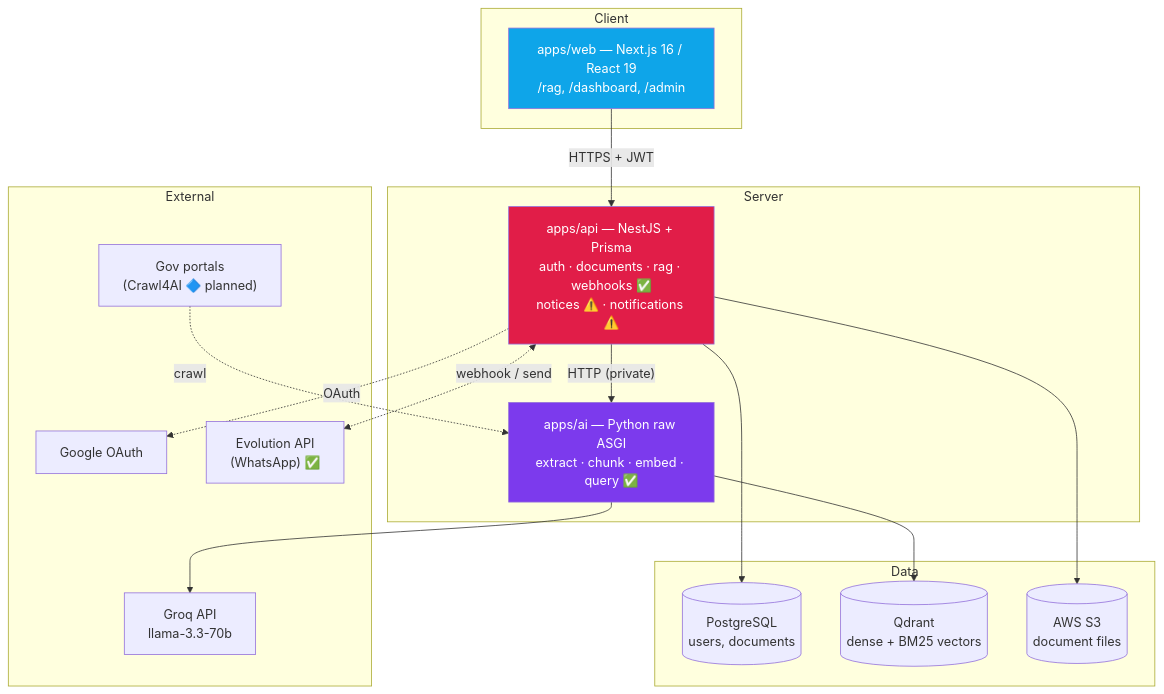
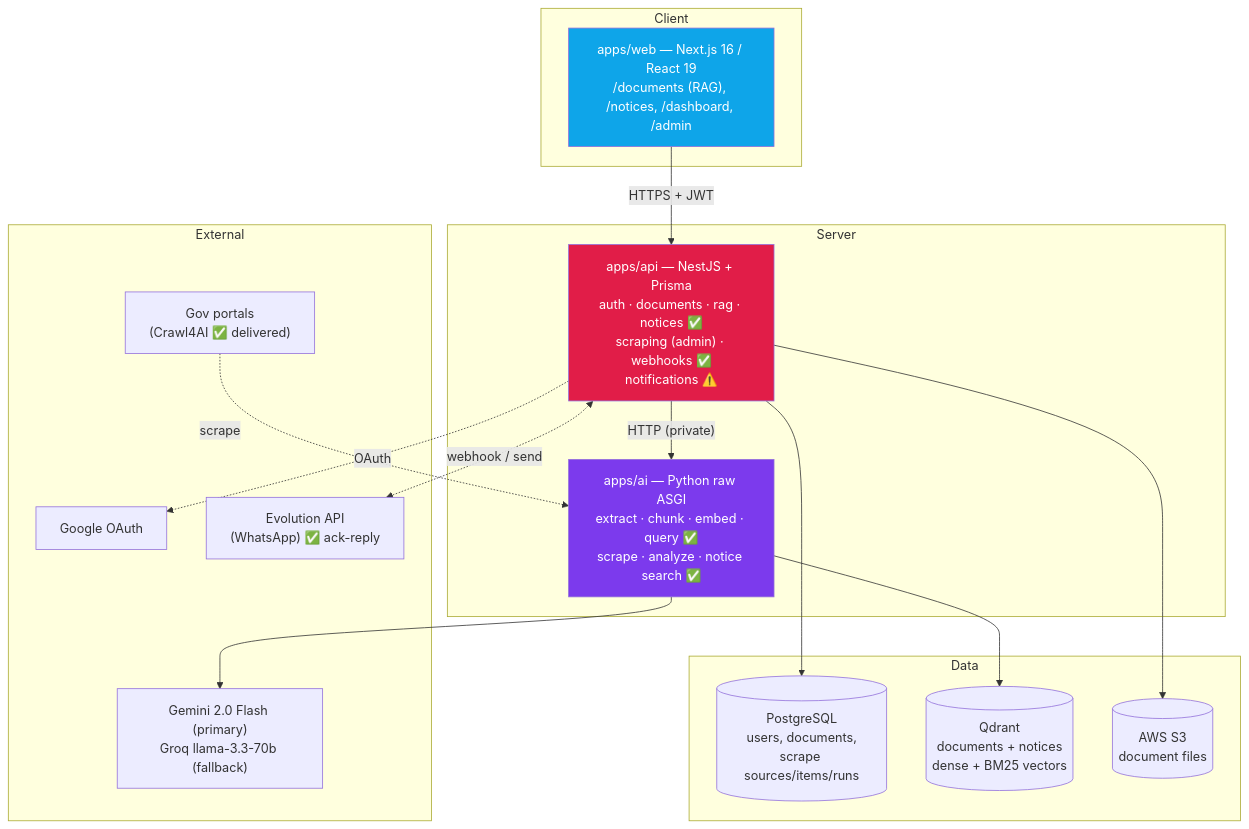
The third of 15 diagrams in docs/THESIS_TOC.md (ashokabbhattaraii/public-notice-management-system-for-nepal), drawn with Mermaid before and after one commit. The commit also changed other lines of this file and 89 other files, not shown here.

Commit message:
feat: web scraping

````diff
--- a/docs/THESIS_TOC.md
+++ b/docs/THESIS_TOC.md
@@ -495,33 +541,33 @@
 ```mermaid
 flowchart TB
     subgraph Client
-      W["apps/web — Next.js 16 / React 19<br/>/rag, /dashboard, /admin"]
+      W["apps/web — Next.js 16 / React 19<br/>/documents (RAG), /notices, /dashboard, /admin"]
     end
     subgraph Server
-      A["apps/api — NestJS + Prisma<br/>auth · documents · rag · webhooks ✅<br/>notices ⚠️ · notifications ⚠️"]
-      AI["apps/ai — Python raw ASGI<br/>extract · chunk · embed · query ✅"]
+      A["apps/api — NestJS + Prisma<br/>auth · documents · rag · notices ✅<br/>scraping (admin) · webhooks ✅<br/>notifications ⚠️"]
+      AI["apps/ai — Python raw ASGI<br/>extract · chunk · embed · query ✅<br/>scrape · analyze · notice search ✅"]
     end
     subgraph Data
-      PG[("PostgreSQL<br/>users, documents")]
-      QD[("Qdrant<br/>dense + BM25 vectors")]
+      PG[("PostgreSQL<br/>users, documents,<br/>scrape sources/items/runs")]
+      QD[("Qdrant<br/>documents + notices<br/>dense + BM25 vectors")]
       S3[("AWS S3<br/>document files")]
     end
     subgraph External
-      GROQ["Groq API<br/>llama-3.3-70b"]
+      LLM["Gemini 2.0 Flash (primary)<br/>Groq llama-3.3-70b (fallback)"]
       OAUTH["Google OAuth"]
-      WA["Evolution API<br/>(WhatsApp) ✅"]
-      GOV["Gov portals<br/>(Crawl4AI 🔷 planned)"]
+      WA["Evolution API<br/>(WhatsApp) ✅ ack-reply"]
+      GOV["Gov portals<br/>(Crawl4AI ✅ delivered)"]
     end
     W -- "HTTPS + JWT" --> A
     A -- "HTTP (private)" --> AI
     A --> PG
     A --> S3
     A -. OAuth .-> OAUTH
     A <-. webhook / send .-> WA
     AI --> QD
-    AI --> GROQ
-    GOV -. crawl .-> AI
+    AI --> LLM
+    GOV -. scrape .-> AI
     style W fill:#0ea5e9,color:#fff
     style A fill:#e11d48,color:#fff
     style AI fill:#7c3aed,color:#fff
 ```
````
